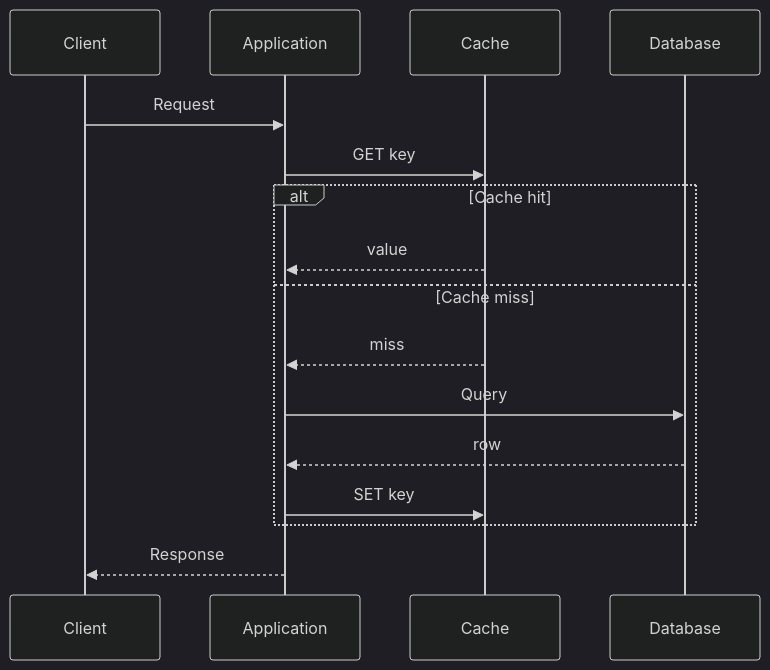
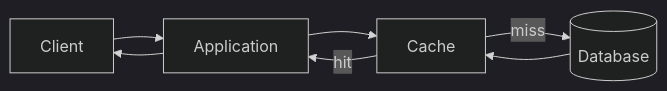
The fifth of 21 diagrams in 03-caching/README.md (hareramcse/SystemDesign), drawn with Mermaid (dark theme) before and after one commit. The commit also changed other lines of this file, not shown here.

````diff
--- a/03-caching/README.md
+++ b/03-caching/README.md
@@ -255,18 +246,7 @@
 ```mermaid
-sequenceDiagram
-    participant Client
-    participant App as Application
-    participant Cache
-    participant DB as Database
-    Client->>App: Request
-    App->>Cache: GET key
-    alt Cache hit
-        Cache-->>App: value
-    else Cache miss
-        Cache-->>App: miss
-        App->>DB: Query
-        DB-->>App: row
-        App->>Cache: SET key
-    end
-    App-->>Client: Response
+flowchart LR
+    Client[Client] --> App[Application] --> Cache[Cache]
+    Cache -->|hit| App
+    Cache -->|miss| DB[(Database)] --> Cache
+    App --> Client
 ```
````
